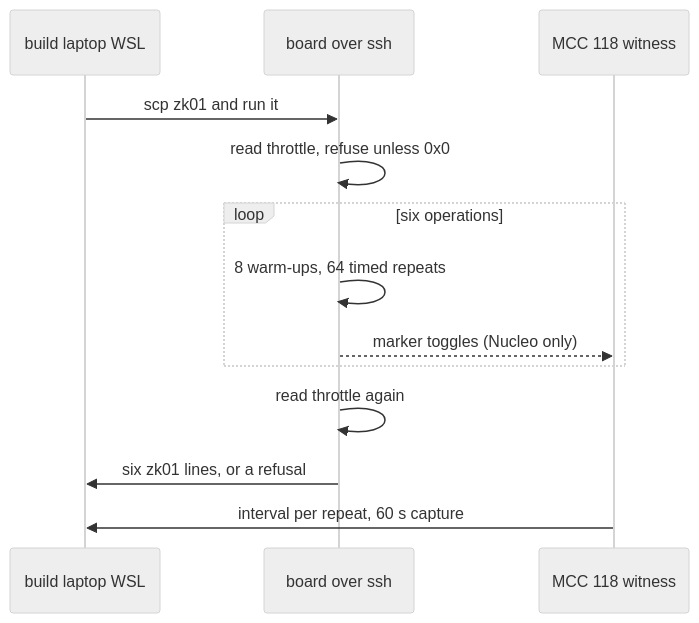
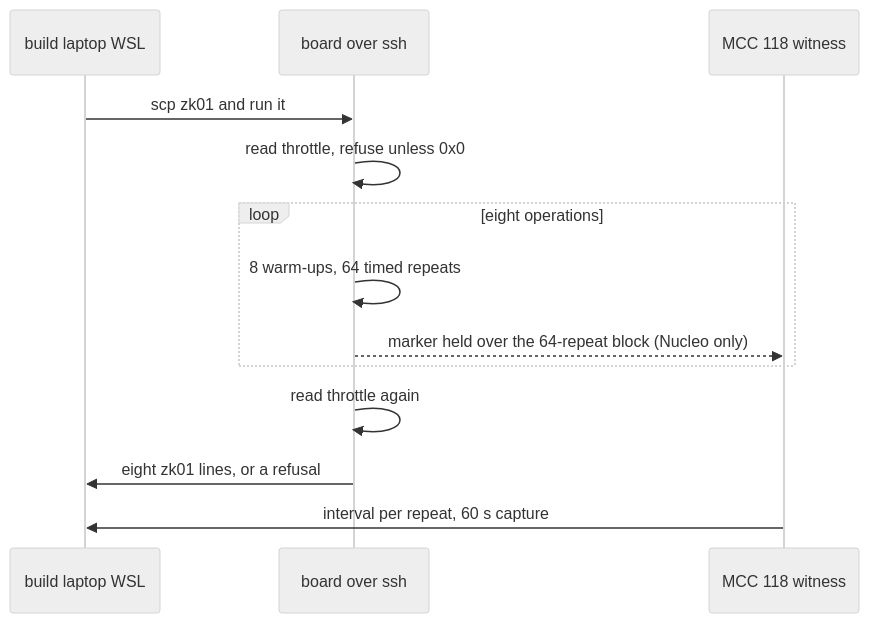
The first of 2 diagrams in chapters/01-the-price-list.md (ambrosiobing/embedded-zkmc), drawn with Mermaid (neutral theme) before and after one commit. The commit also changed other lines of this file and 33 other files, not shown here.

````diff
--- a/chapters/01-the-price-list.md
+++ b/chapters/01-the-price-list.md
@@ -195,15 +202,15 @@
 ```mermaid
 sequenceDiagram
   participant S as build laptop WSL
   participant B as board over ssh
   participant W as MCC 118 witness
   S->>B: scp zk01 and run it
   B->>B: read throttle, refuse unless 0x0
-  loop six operations
+  loop eight operations
     B->>B: 8 warm-ups, 64 timed repeats
-    B-->>W: marker toggles (Nucleo only)
+    B-->>W: marker held over the 64-repeat block (Nucleo only)
   end
   B->>B: read throttle again
-  B->>S: six zk01 lines, or a refusal
+  B->>S: eight zk01 lines, or a refusal
   W->>S: interval per repeat, 60 s capture
 ```
````
